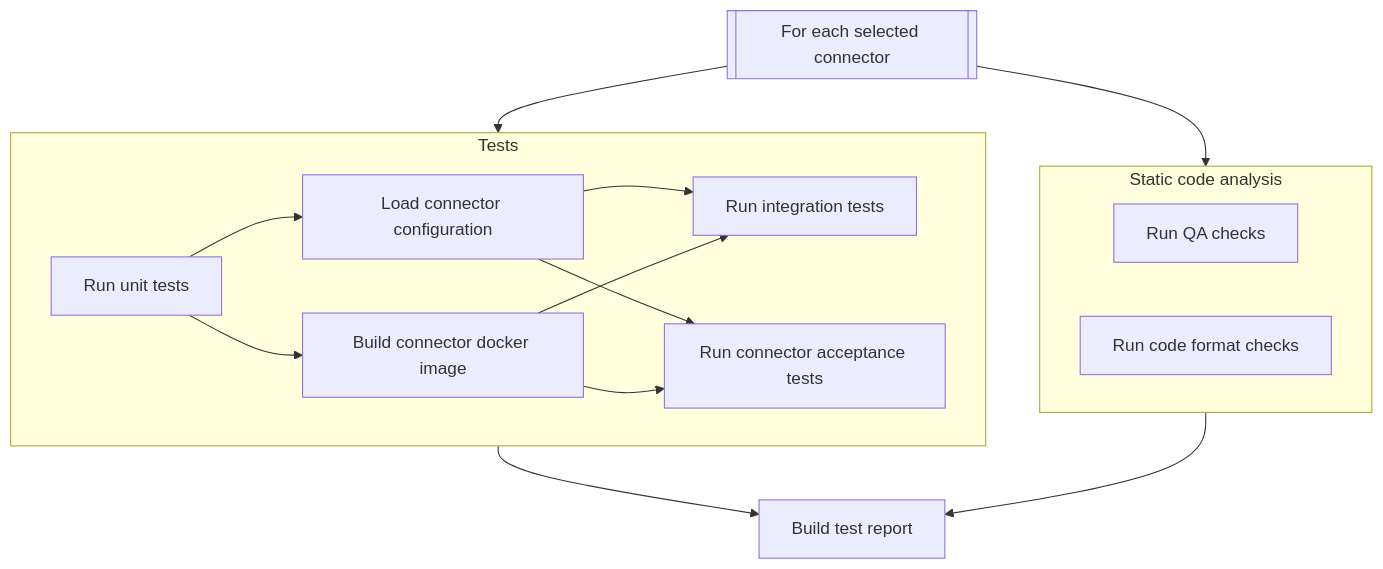
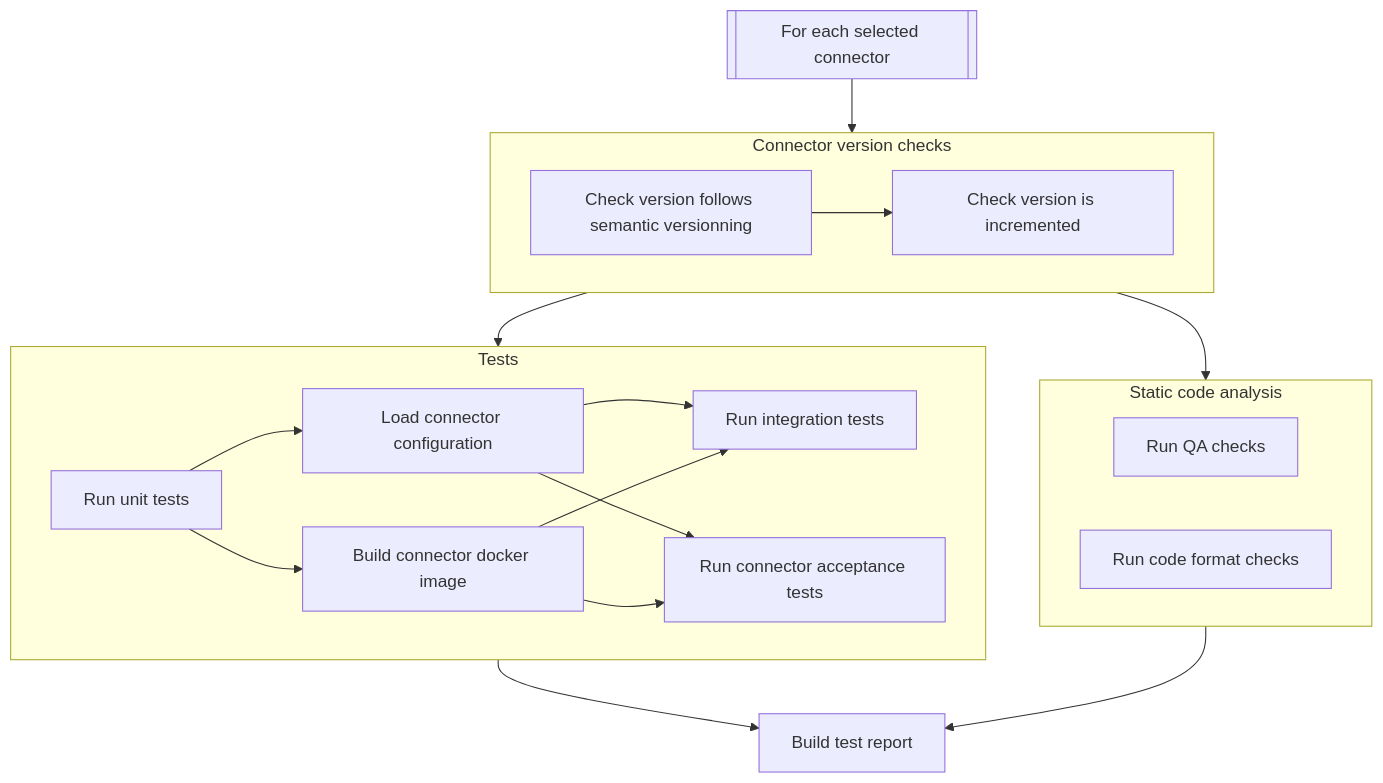
The first of 5 diagrams in tools/ci_connector_ops/ci_connector_ops/pipelines/README.md (airbytehq/airbyte), drawn with Mermaid before and after one commit. The commit also changed other lines of this file and 6 other files, not shown here.

Commit message:
connectors-ci: new checks to validate connector version

````diff
--- a/tools/ci_connector_ops/ci_connector_ops/pipelines/README.md
+++ b/tools/ci_connector_ops/ci_connector_ops/pipelines/README.md
@@ -108,27 +109,33 @@
 ```mermaid
 flowchart TD
     entrypoint[[For each selected connector]]
+    subgraph version ["Connector version checks"]
+        sem["Check version follows semantic versionning"]
+        incr["Check version is incremented"]
+        sem --> incr
+    end
     subgraph static ["Static code analysis"]
       qa[Run QA checks]
       fmt[Run code format checks]
     end
     subgraph tests ["Tests"]
         build[Build connector docker image]
         unit[Run unit tests]
         integration[Run integration tests]
         cat[Run connector acceptance tests]
         secret[Load connector configuration]
 
         unit-->secret
         unit-->build
         secret-->integration
         secret-->cat
         build-->integration
         build-->cat
     end
-    entrypoint-->static
-    entrypoint-->tests
+    entrypoint-->version
+    version-->static
+    version-->tests
     report["Build test report"]
     tests-->report
     static-->report
 ```
````
